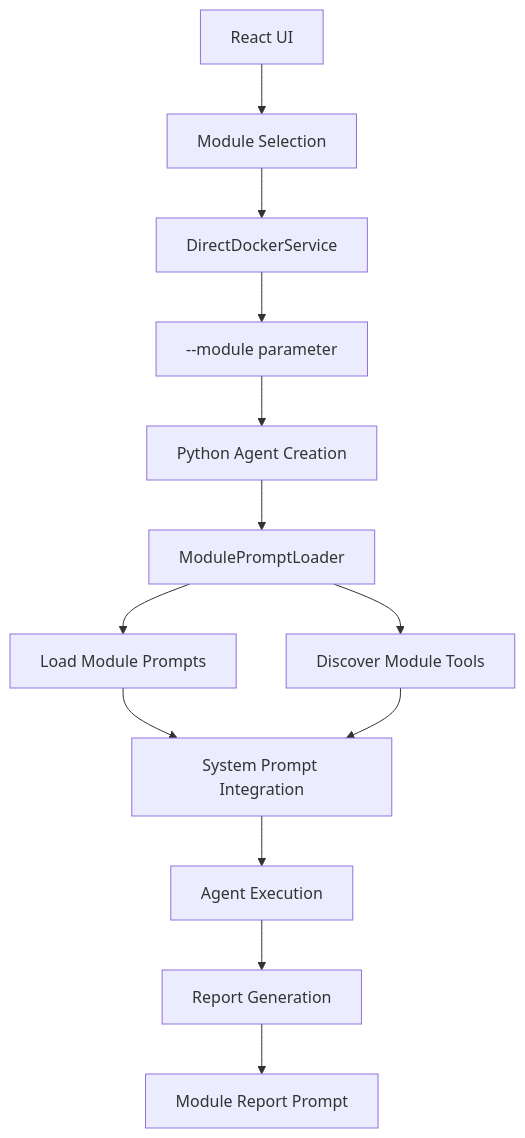
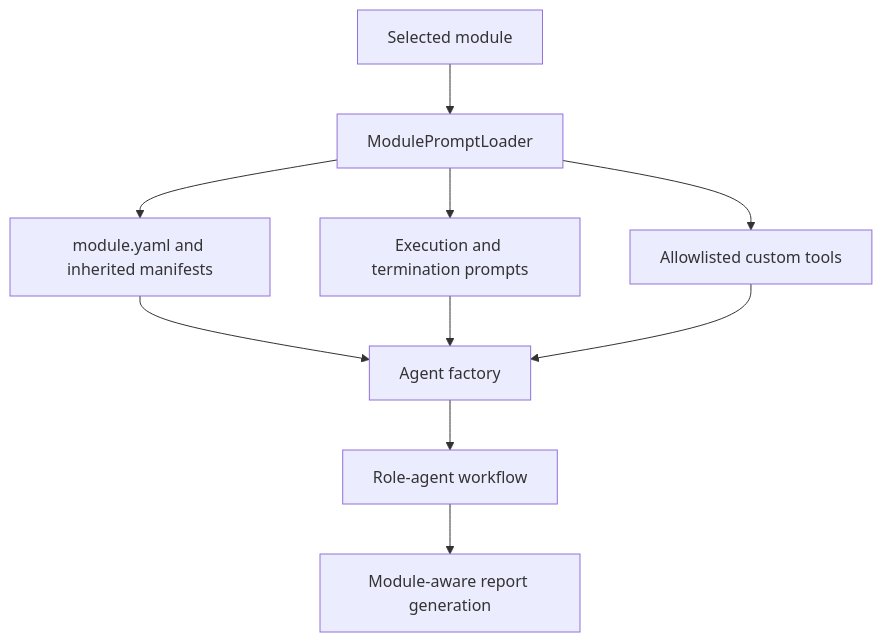
Before and after one commit to double16/Cyber-AutoAgent-ng: the diagram in docs/prompt_management.md, drawn with Mermaid. The commit also changed other lines of this file and 32 other files, not shown here.

````diff
--- a/docs/prompt_management.md
+++ b/docs/prompt_management.md
@@ -7,15 +9,12 @@
 ```mermaid
-graph TD
-    A[React UI] --> B[Module Selection]
-    B --> C[DirectDockerService]
-    C --> D[--module parameter]
-    D --> E[Python Agent Creation]
-    E --> F[ModulePromptLoader]
-    F --> G[Load Module Prompts]
-    F --> H[Discover Module Tools]
-    G --> I[System Prompt Integration]
-    H --> I
-    I --> J[Agent Execution]
-    J --> K[Report Generation]
-    K --> L[Module Report Prompt]
+flowchart TD
+    A[Selected module] --> B[ModulePromptLoader]
+    B --> C[module.yaml and inherited manifests]
+    B --> D[Execution and termination prompts]
+    B --> E[Allowlisted custom tools]
+    C --> F[Agent factory]
+    D --> F
+    E --> F
+    F --> G[Role-agent workflow]
+    G --> H[Module-aware report generation]
 ```
````
